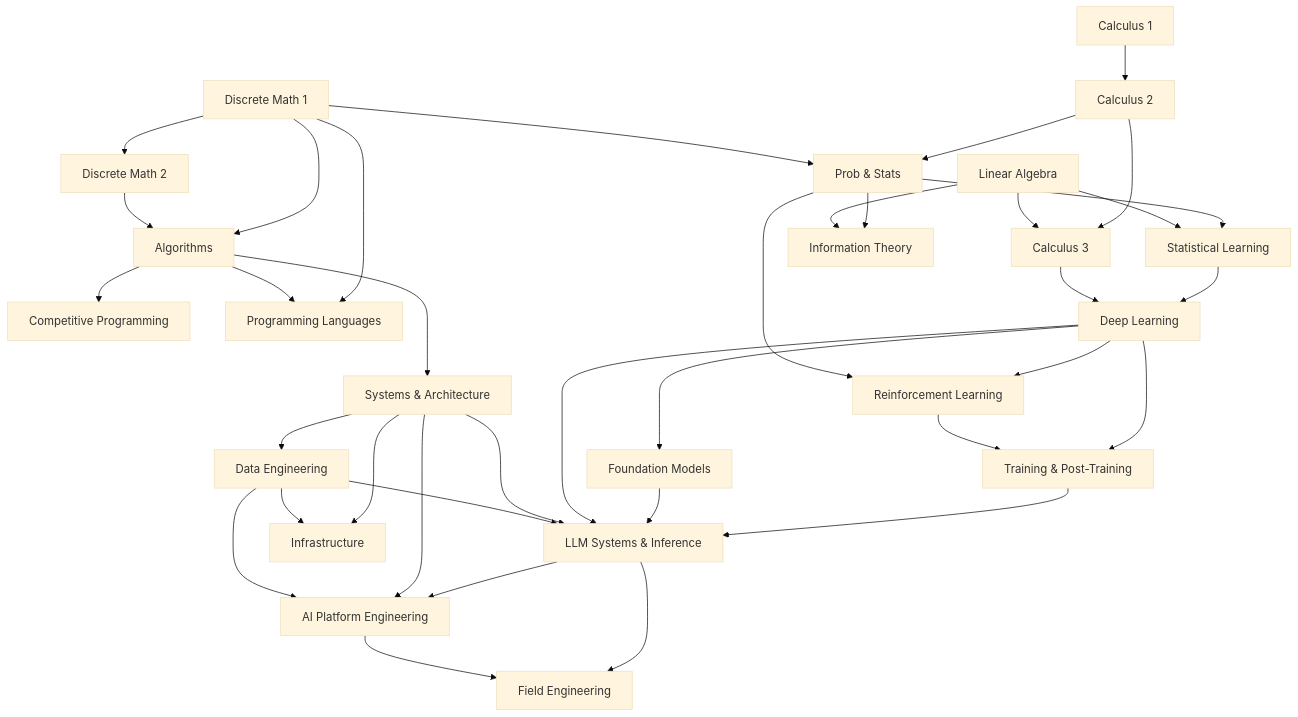
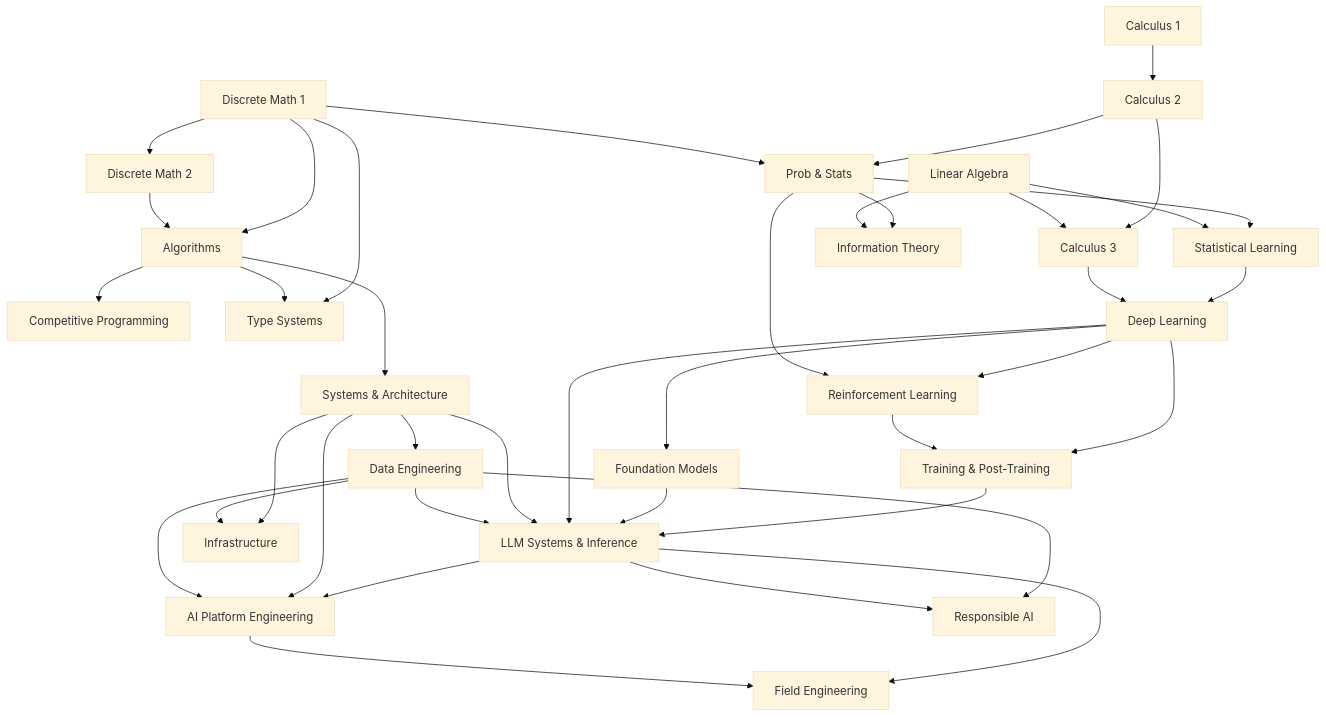
The diagram in README.md (urmzd/supersource), drawn with Mermaid (base theme) before and after one commit. The commit also changed other lines of this file and 2080 other files, not shown here.

````diff
--- a/README.md
+++ b/README.md
@@ -154,46 +157,48 @@
 ```mermaid
 graph TD
     C1[Calculus 1] --> C2[Calculus 2]
     C2 --> C3[Calculus 3]
     LA[Linear Algebra] --> C3
     D1[Discrete Math 1] --> D2[Discrete Math 2]
     C2 --> PS[Prob & Stats]
     D1 --> PS
 
     D1 --> ALG[Algorithms]
     D2 --> ALG
     ALG --> CP[Competitive Programming]
 
-    D1 --> PL[Programming Languages]
+    D1 --> PL[Type Systems]
     ALG --> PL
 
     PS --> SL[Statistical Learning]
     LA --> SL
     SL --> DL[Deep Learning]
     C3 --> DL
     DL --> RL[Reinforcement Learning]
     PS --> RL
     DL --> FM[Foundation Models]
     DL --> TPT[Training & Post-Training]
     RL --> TPT
     TPT --> LLM
 
     PS --> IT[Information Theory]
     LA --> IT
 
     ALG --> SYS[Systems & Architecture]
     SYS --> DE[Data Engineering]
     FM --> LLM[LLM Systems & Inference]
     DL --> LLM
     SYS --> LLM
     DE --> LLM
 
     SYS --> INFRA[Infrastructure]
     DE --> INFRA
 
     LLM --> AIP[AI Platform Engineering]
     LLM --> FE[Field Engineering]
     AIP --> FE
+    DE --> RAI[Responsible AI]
+    LLM --> RAI
     SYS --> AIP
     DE --> AIP
 ```
````
